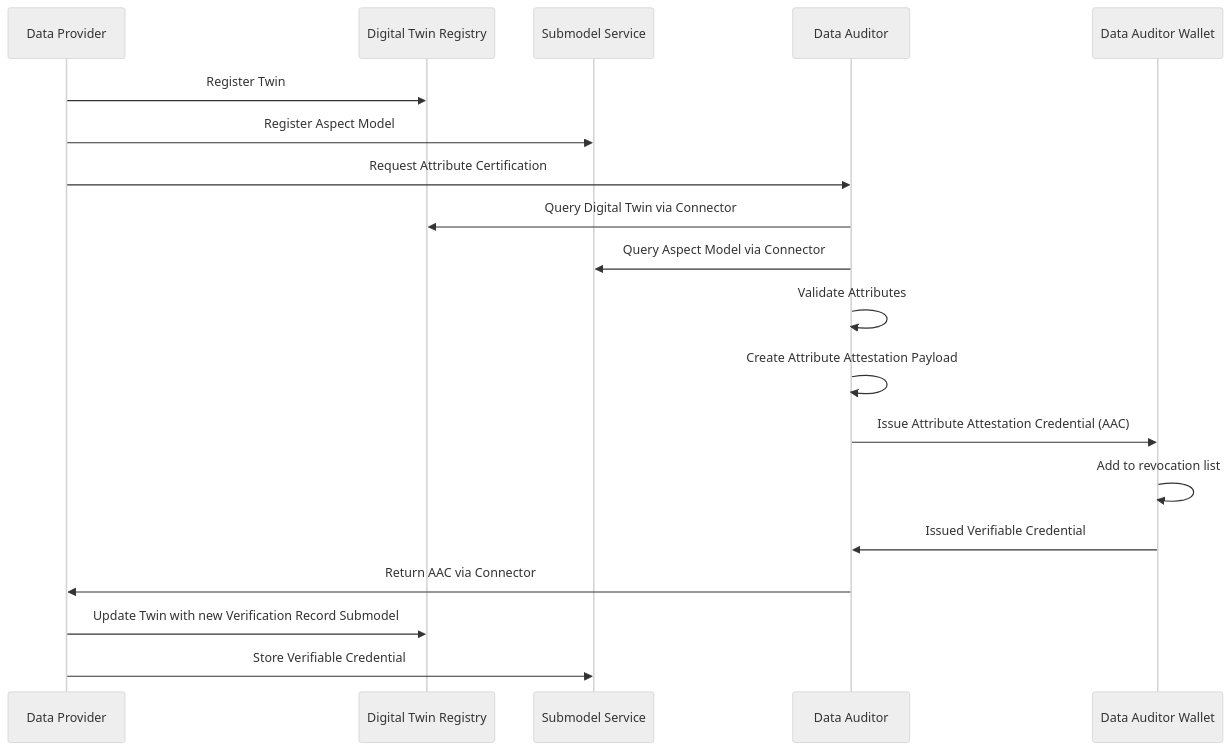
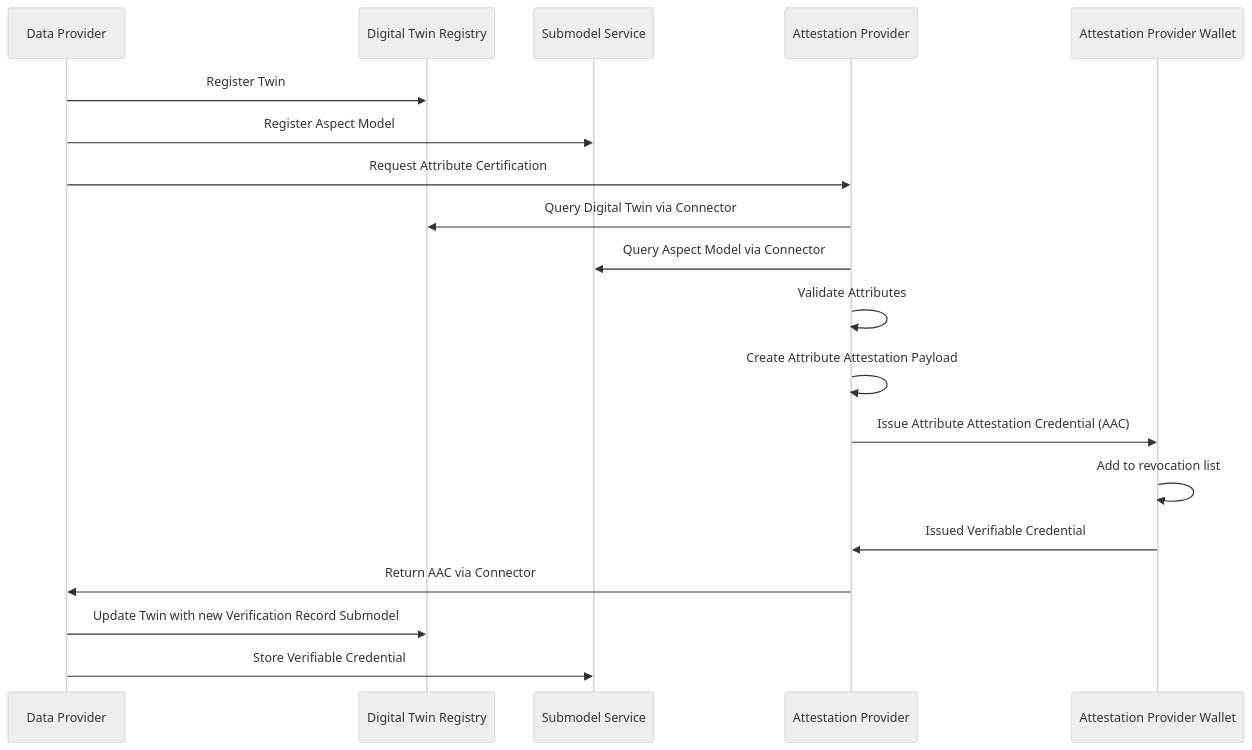
The first of 5 diagrams in docs-kits/kits/data-trust-and-security-kit/software-development-view/integration-implementation.md (eclipse-tractusx/eclipse-tractusx.github.io), drawn with Mermaid (neutral theme) before and after one commit. The commit also changed other lines of this file and 8 other files, not shown here.

````diff
--- a/docs-kits/kits/data-trust-and-security-kit/software-development-view/integration-implementation.md
+++ b/docs-kits/kits/data-trust-and-security-kit/software-development-view/integration-implementation.md
@@ -89,22 +96,22 @@
 ```mermaid
 sequenceDiagram
     participant DP as Data Provider
     participant DTR as Digital Twin Registry
     participant SS as Submodel Service
-    participant DA as Data Auditor
-    participant AW as Data Auditor Wallet
+    participant DA as Attestation Provider
+    participant AW as Attestation Provider Wallet
     
     DP->>DTR: Register Twin
     DP->>SS: Register Aspect Model
     DP->>DA: Request Attribute Certification
     DA->>DTR: Query Digital Twin via Connector
     DA->>SS: Query Aspect Model via Connector
     DA->>DA: Validate Attributes
     DA->>DA: Create Attribute Attestation Payload
     DA->>AW: Issue Attribute Attestation Credential (AAC)
     AW->>AW: Add to revocation list
     AW->>DA: Issued Verifiable Credential
     DA->>DP: Return AAC via Connector
     DP->>DTR: Update Twin with new Verification Record Submodel
     DP->>SS: Store Verifiable Credential
 ```
````
